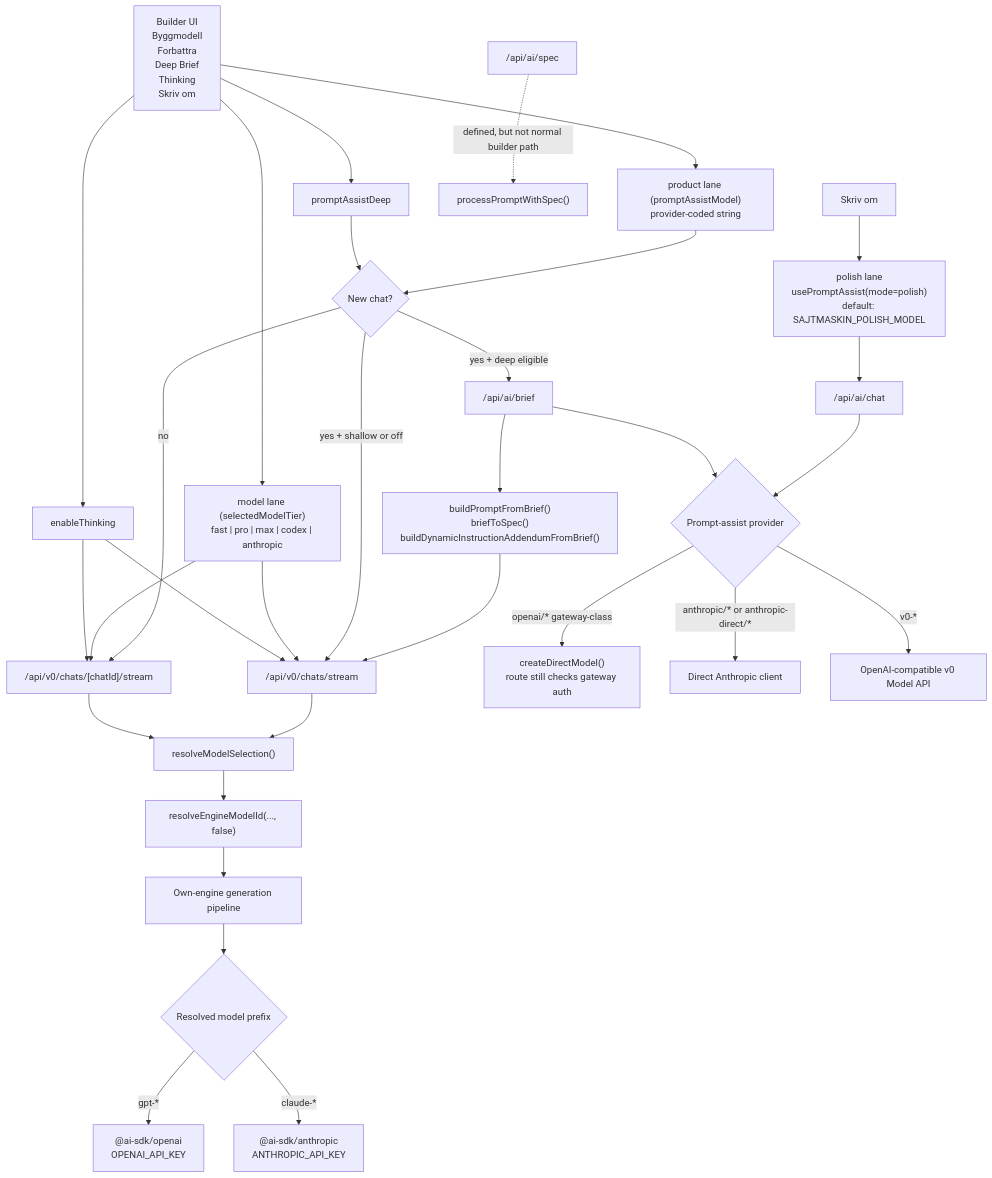
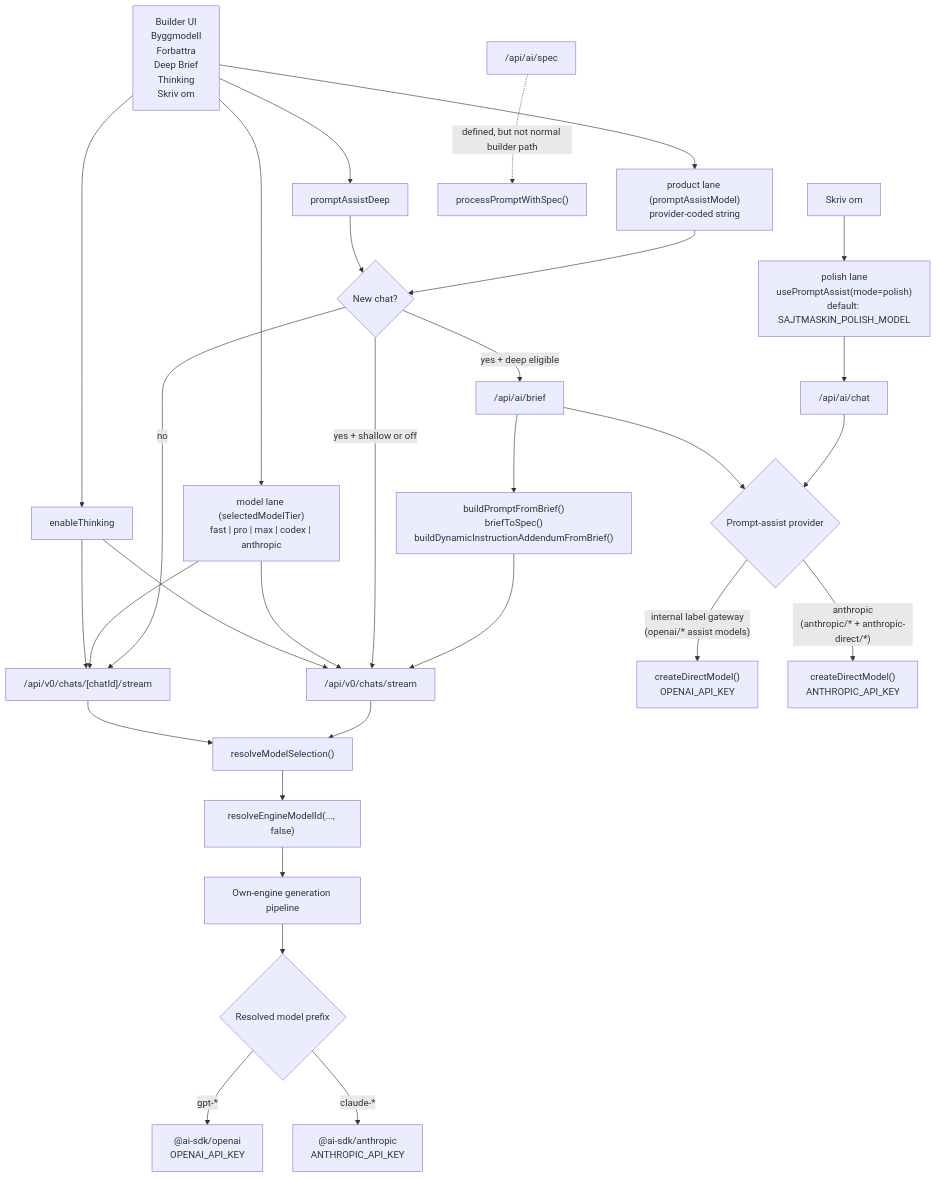
Before and after one commit to Jakeminator123/sajtmaskin: the diagram in docs/architecture/builder-model-routing-and-trace.md, drawn with Mermaid. The commit also changed other lines of this file and 27 other files, not shown here.

First line of the commit message:
fix(prompt-assist): OpenAI direct for assist; sync trace, manifest, docs

````diff
--- a/docs/architecture/builder-model-routing-and-trace.md
+++ b/docs/architecture/builder-model-routing-and-trace.md
@@ -46,42 +46,41 @@
 ```mermaid
 flowchart TD
   UI["Builder UI\nByggmodell\nForbattra\nDeep Brief\nThinking\nSkriv om"] --> BuildTier["model lane (selectedModelTier)\nfast | pro | max | codex | anthropic"]
   UI --> AssistModel["product lane (promptAssistModel)\nprovider-coded string"]
   UI --> DeepFlag["promptAssistDeep"]
   UI --> ThinkingFlag["enableThinking"]
 
   Polish["Skriv om"] --> PolishHook["polish lane\nusePromptAssist(mode=polish)\ndefault: SAJTMASKIN_POLISH_MODEL"]
   PolishHook --> AiChat["/api/ai/chat"]
 
   AssistModel --> NewChat{"New chat?"}
   DeepFlag --> NewChat
 
   NewChat -- "yes + deep eligible" --> Brief["/api/ai/brief"]
   Brief --> BriefPrompt["buildPromptFromBrief()\nbriefToSpec()\nbuildDynamicInstructionAddendumFromBrief()"]
   BriefPrompt --> CreateChat["/api/v0/chats/stream"]
 
   NewChat -- "yes + shallow or off" --> CreateChat
   NewChat -- "no" --> SendMessage["/api/v0/chats/[chatId]/stream"]
 
   BuildTier --> CreateChat
   BuildTier --> SendMessage
   ThinkingFlag --> CreateChat
   ThinkingFlag --> SendMessage
 
   CreateChat --> ResolveTier["resolveModelSelection()"]
   SendMessage --> ResolveTier
   ResolveTier --> ResolveModel["resolveEngineModelId(..., false)"]
   ResolveModel --> OwnEngine["Own-engine generation pipeline"]
 
   OwnEngine --> Provider{"Resolved model prefix"}
   Provider -- "gpt-*" --> OpenAI["@ai-sdk/openai\nOPENAI_API_KEY"]
   Provider -- "claude-*" --> Anthropic["@ai-sdk/anthropic\nANTHROPIC_API_KEY"]
 
   AiChat --> AssistProvider{"Prompt-assist provider"}
   Brief --> AssistProvider
-  AssistProvider -- "openai/* gateway-class" --> DirectAssist["createDirectModel()\nroute still checks gateway auth"]
-  AssistProvider -- "anthropic/* or anthropic-direct/*" --> DirectClaude["Direct Anthropic client"]
-  AssistProvider -- "v0-*" --> V0Compat["OpenAI-compatible v0 Model API"]
+  AssistProvider -- "internal label gateway\n(openai/* assist models)" --> DirectAssist["createDirectModel()\nOPENAI_API_KEY"]
+  AssistProvider -- "anthropic\n(anthropic/* + anthropic-direct/*)" --> DirectClaude["createDirectModel()\nANTHROPIC_API_KEY"]
 
   SpecRoute["/api/ai/spec"] -. "defined, but not normal builder path" .-> SpecChain["processPromptWithSpec()"]
 ```
````
